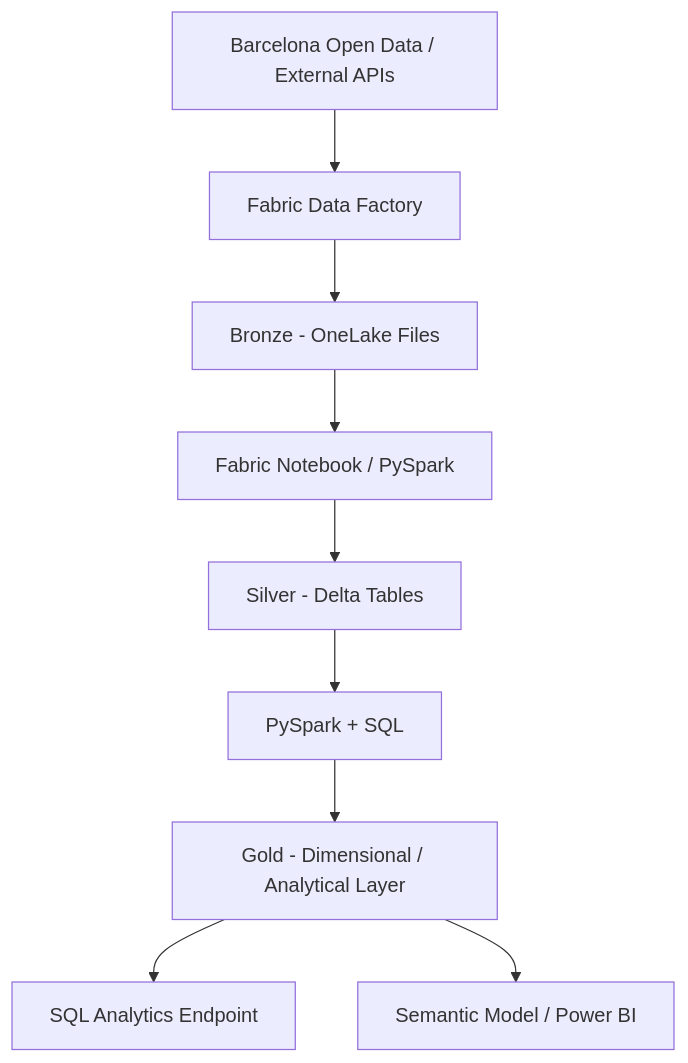
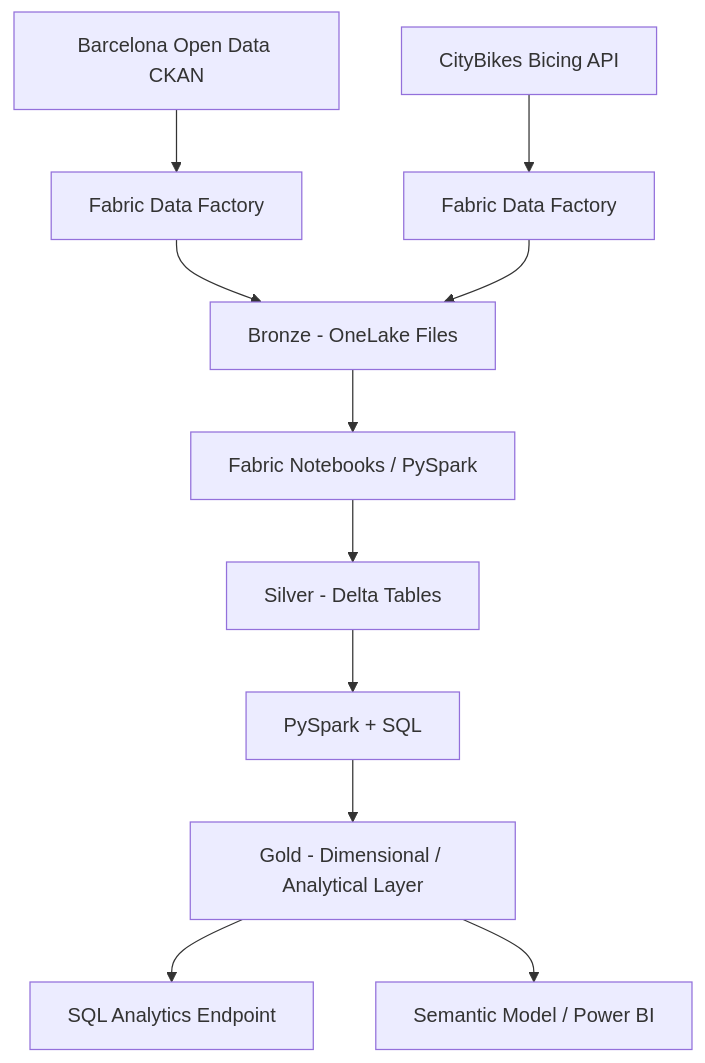
The diagram in architecture/README.md (leninfonseca/barcelona-urban-mobility-data-platform), drawn with Mermaid before and after one commit. The commit also changed other lines of this file and 7 other files, not shown here.

Commit message:
feat: add Bicing Bronze ingestion milestone

````diff
--- a/architecture/README.md
+++ b/architecture/README.md
@@ -5,11 +5,13 @@
 ```mermaid
 flowchart TD
-    A[Barcelona Open Data / External APIs] --> B[Fabric Data Factory]
-    B --> C[Bronze - OneLake Files]
-    C --> D[Fabric Notebook / PySpark]
+    A1[Barcelona Open Data CKAN] --> B1[Fabric Data Factory]
+    A2[CityBikes Bicing API] --> B2[Fabric Data Factory]
+    B1 --> C[Bronze - OneLake Files]
+    B2 --> C
+    C --> D[Fabric Notebooks / PySpark]
     D --> E[Silver - Delta Tables]
     E --> F[PySpark + SQL]
     F --> G[Gold - Dimensional / Analytical Layer]
     G --> H[SQL Analytics Endpoint]
     G --> I[Semantic Model / Power BI]
 ```
````
